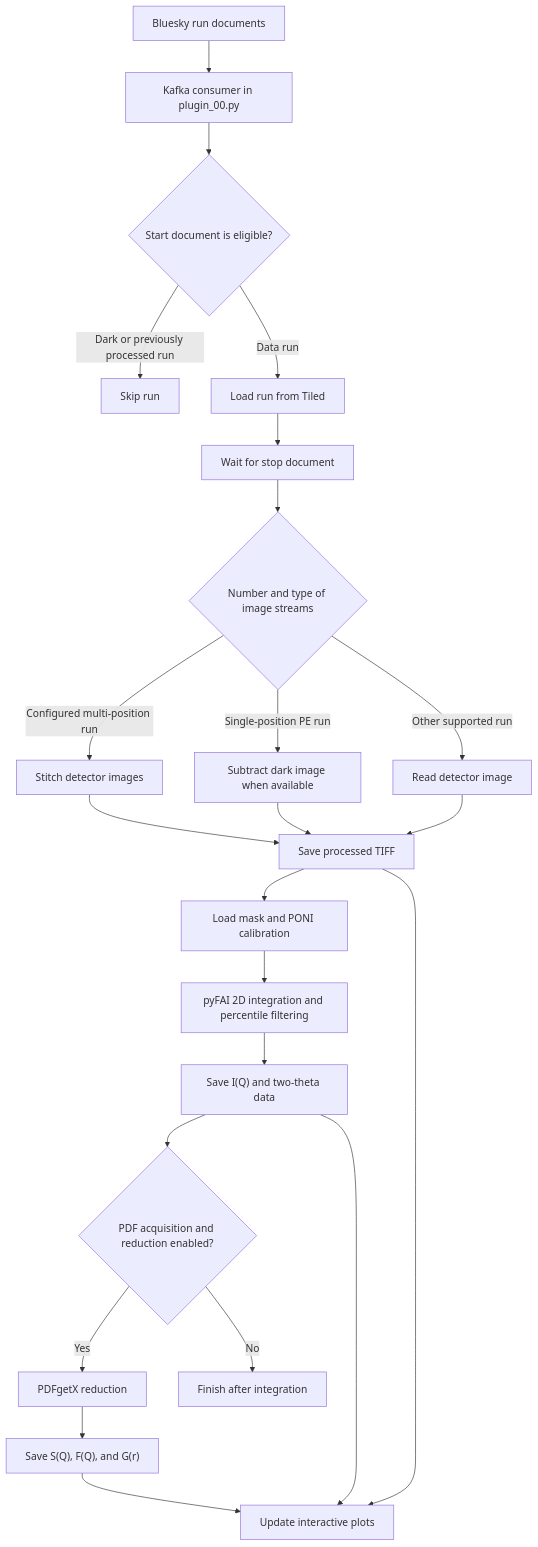
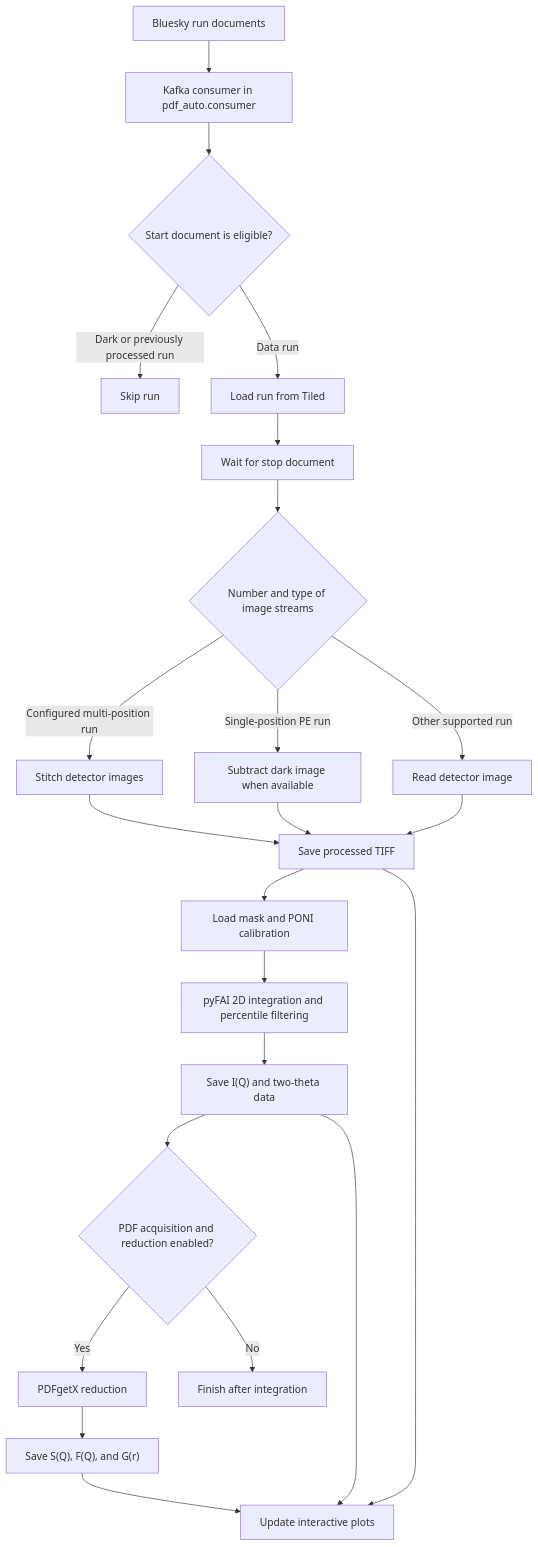
One commit to cheng-hung/pdf-auto changed the diagram in README.md. Above: the diagram before and after it, drawn with Mermaid. The commit also changed other lines of this file and 43 other files, not shown here.

````diff
--- a/README.md
+++ b/README.md
@@ -26,25 +26,25 @@
 ```mermaid
 flowchart TD
-    A["Bluesky run documents"] --> B["Kafka consumer in plugin_00.py"]
+    A["Bluesky run documents"] --> B["Kafka consumer in pdf_auto.consumer"]
     B --> C{"Start document is eligible?"}
     C -->|"Dark or previously processed run"| D["Skip run"]
     C -->|"Data run"| E["Load run from Tiled"]
     E --> F["Wait for stop document"]
     F --> G{"Number and type of image streams"}
     G -->|"Configured multi-position run"| H["Stitch detector images"]
     G -->|"Single-position PE run"| I["Subtract dark image when available"]
     G -->|"Other supported run"| J["Read detector image"]
     H --> K["Save processed TIFF"]
     I --> K
     J --> K
     K --> L["Load mask and PONI calibration"]
     L --> M["pyFAI 2D integration and percentile filtering"]
     M --> N["Save I(Q) and two-theta data"]
     N --> O{"PDF acquisition and reduction enabled?"}
     O -->|"Yes"| P["PDFgetX reduction"]
     P --> Q["Save S(Q), F(Q), and G(r)"]
     O -->|"No"| R["Finish after integration"]
     K --> S["Update interactive plots"]
     N --> S
     Q --> S
 ```
````
